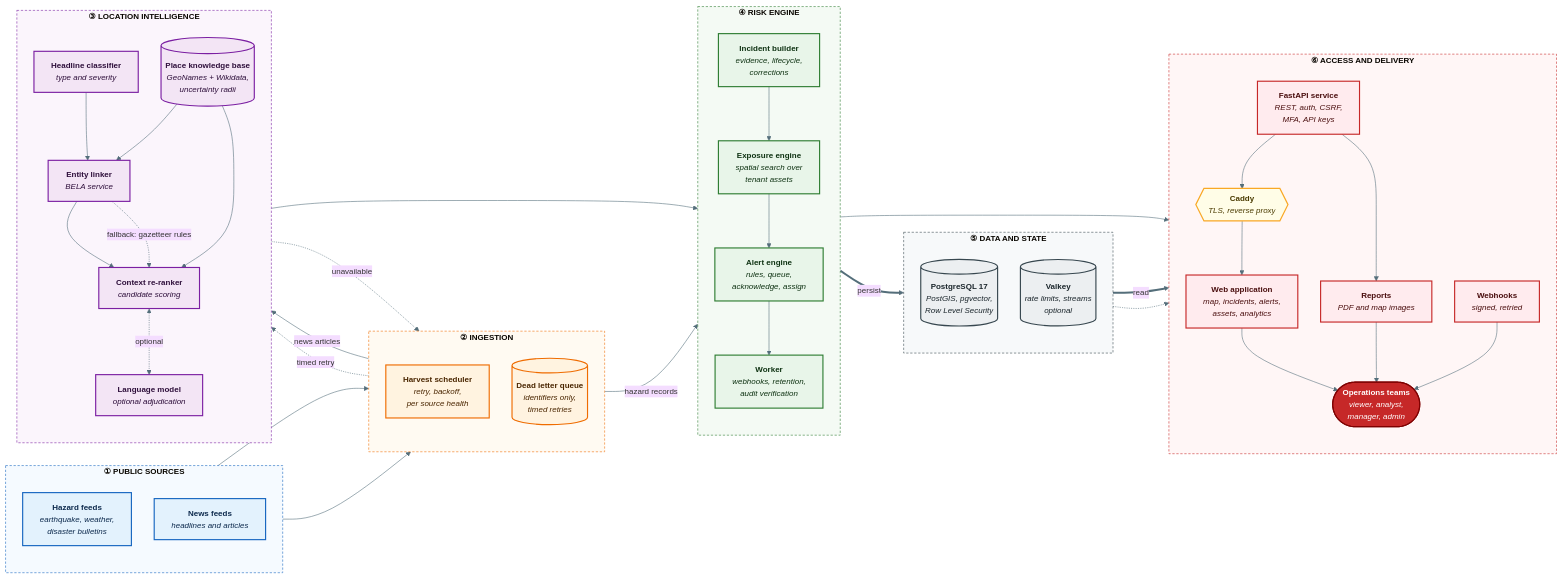
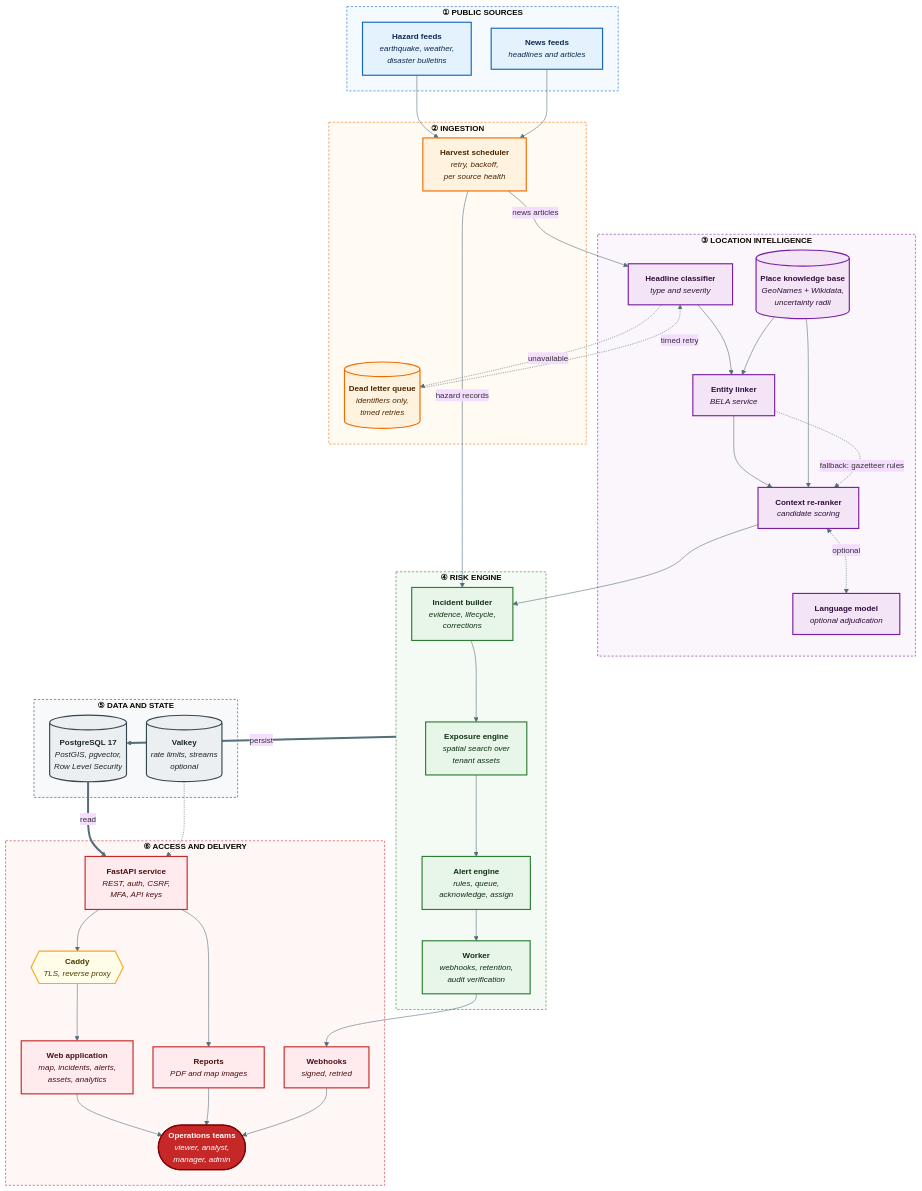
The diagram in README.md (codearchitect14/geolocation-risk-monitor-with-BELA), drawn with Mermaid before and after one commit. The commit also changed other lines of this file and 4 other files, not shown here.

Commit message:
README: remove table of contents and make the architecture diagram vertical

````diff
--- a/README.md
+++ b/README.md
@@ -99,20 +84,17 @@
 ```mermaid
-%%{init: {"theme": "base", "flowchart": {"curve": "basis", "nodeSpacing": 40, "rankSpacing": 70}, "themeVariables": {"fontFamily": "Inter, Segoe UI, Helvetica, Arial, sans-serif", "fontSize": "14px", "lineColor": "#546E7A"}}}%%
-flowchart LR
+%%{init: {"theme": "base", "flowchart": {"curve": "basis", "nodeSpacing": 35, "rankSpacing": 55}, "themeVariables": {"fontFamily": "Inter, Segoe UI, Helvetica, Arial, sans-serif", "fontSize": "14px", "lineColor": "#546E7A"}}}%%
+flowchart TB
     subgraph SRC["<b>① PUBLIC SOURCES</b>"]
-        direction TB
         S1["<b>Hazard feeds</b><br/><i>earthquake, weather,<br/>disaster bulletins</i>"]
         S2["<b>News feeds</b><br/><i>headlines and articles</i>"]
     end
 
     subgraph ING["<b>② INGESTION</b>"]
-        direction TB
         H["<b>Harvest scheduler</b><br/><i>retry, backoff,<br/>per source health</i>"]
         DLQ[("<b>Dead letter queue</b><br/><i>identifiers only,<br/>timed retries</i>")]
     end
 
     subgraph INT["<b>③ LOCATION INTELLIGENCE</b>"]
-        direction TB
         CL["<b>Headline classifier</b><br/><i>type and severity</i>"]
         NEL["<b>Entity linker</b><br/><i>BELA service</i>"]
         RR["<b>Context re-ranker</b><br/><i>candidate scoring</i>"]
@@ -121,7 +103,6 @@
     end
 
     subgraph CORE["<b>④ RISK ENGINE</b>"]
-        direction TB
         EV["<b>Incident builder</b><br/><i>evidence, lifecycle,<br/>corrections</i>"]
         EXP["<b>Exposure engine</b><br/><i>spatial search over<br/>tenant assets</i>"]
         ALR["<b>Alert engine</b><br/><i>rules, queue,<br/>acknowledge, assign</i>"]
@@ -129,13 +110,11 @@
     end
 
     subgraph DATA["<b>⑤ DATA AND STATE</b>"]
-        direction TB
         PG[("<b>PostgreSQL 17</b><br/><i>PostGIS, pgvector,<br/>Row Level Security</i>")]
         VK[("<b>Valkey</b><br/><i>rate limits, streams<br/>optional</i>")]
     end
 
     subgraph OUT["<b>⑥ ACCESS AND DELIVERY</b>"]
-        direction TB
         API["<b>FastAPI service</b><br/><i>REST, auth, CSRF,<br/>MFA, API keys</i>"]
         CADDY{{"<b>Caddy</b><br/><i>TLS, reverse proxy</i>"}}
         WEB["<b>Web application</b><br/><i>map, incidents, alerts,<br/>assets, analytics</i>"]
````
